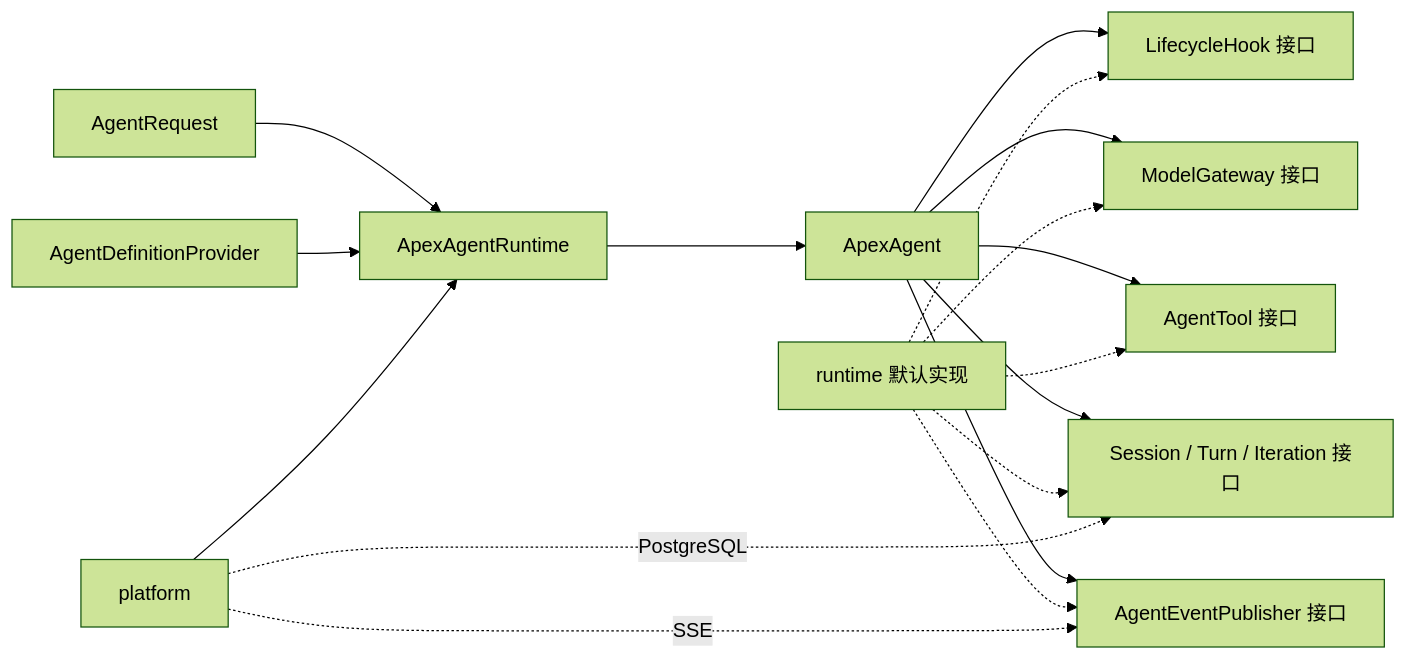
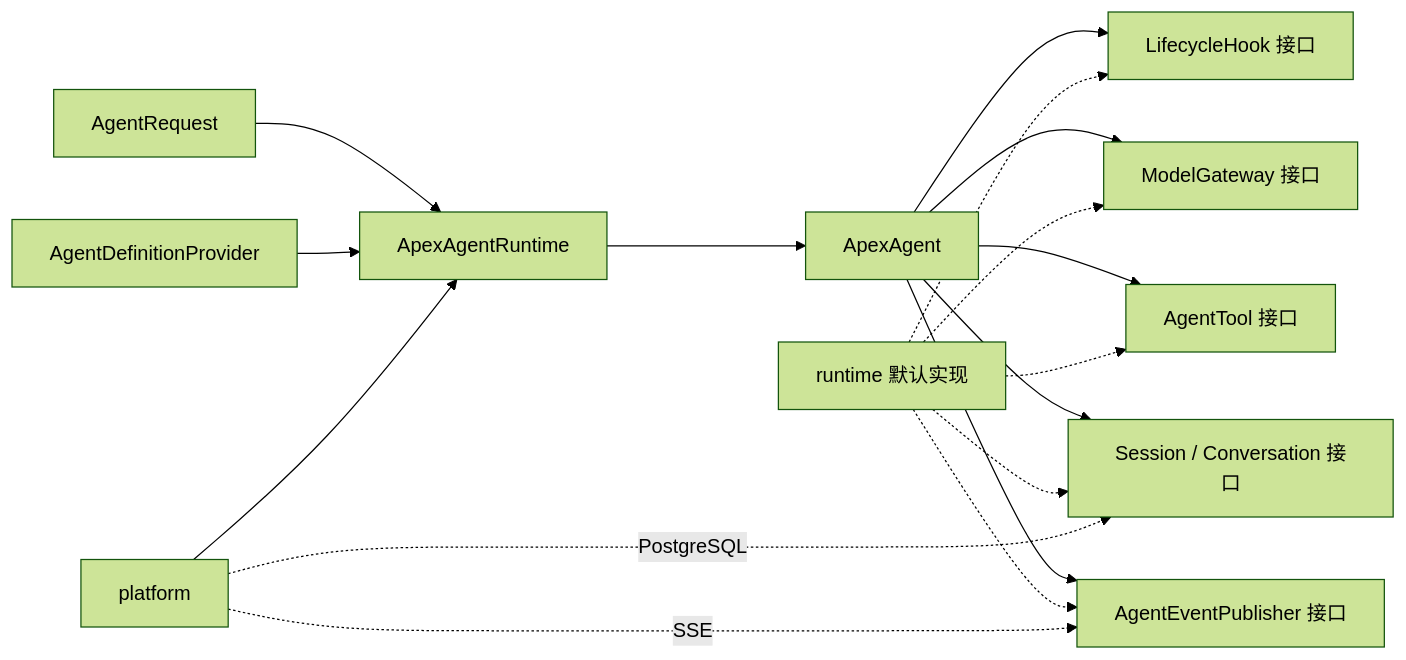
One commit to gemo12123/apex-agent changed the fourth of 4 diagrams in docs/refact/specs/2026-07-28-apex-agent-backend-refactoring-design.md. Above: the diagram before and after it, drawn with Mermaid (forest theme). The commit also changed other lines of this file, not shown here.

````diff
--- a/docs/refact/specs/2026-07-28-apex-agent-backend-refactoring-design.md
+++ b/docs/refact/specs/2026-07-28-apex-agent-backend-refactoring-design.md
@@ -1634,21 +1790,21 @@
 ```mermaid
 flowchart LR
     Request["AgentRequest"] --> Runtime["ApexAgentRuntime"]
     Definition["AgentDefinitionProvider"] --> Runtime
     Runtime --> Agent["ApexAgent"]
     Agent --> Hooks["LifecycleHook 接口"]
     Agent --> Model["ModelGateway 接口"]
     Agent --> Tools["AgentTool 接口"]
-    Agent --> Stores["Session / Turn / Iteration 接口"]
+    Agent --> Stores["Session / Conversation 接口"]
     Agent --> Events["AgentEventPublisher 接口"]
 
     RuntimeImpl["runtime 默认实现"] -.-> Hooks
     RuntimeImpl -.-> Model
     RuntimeImpl -.-> Tools
     RuntimeImpl -.-> Stores
     RuntimeImpl -.-> Events
 
     Platform["platform"] --> Runtime
     Platform -. "SSE" .-> Events
     Platform -. "PostgreSQL" .-> Stores
 ```
````
